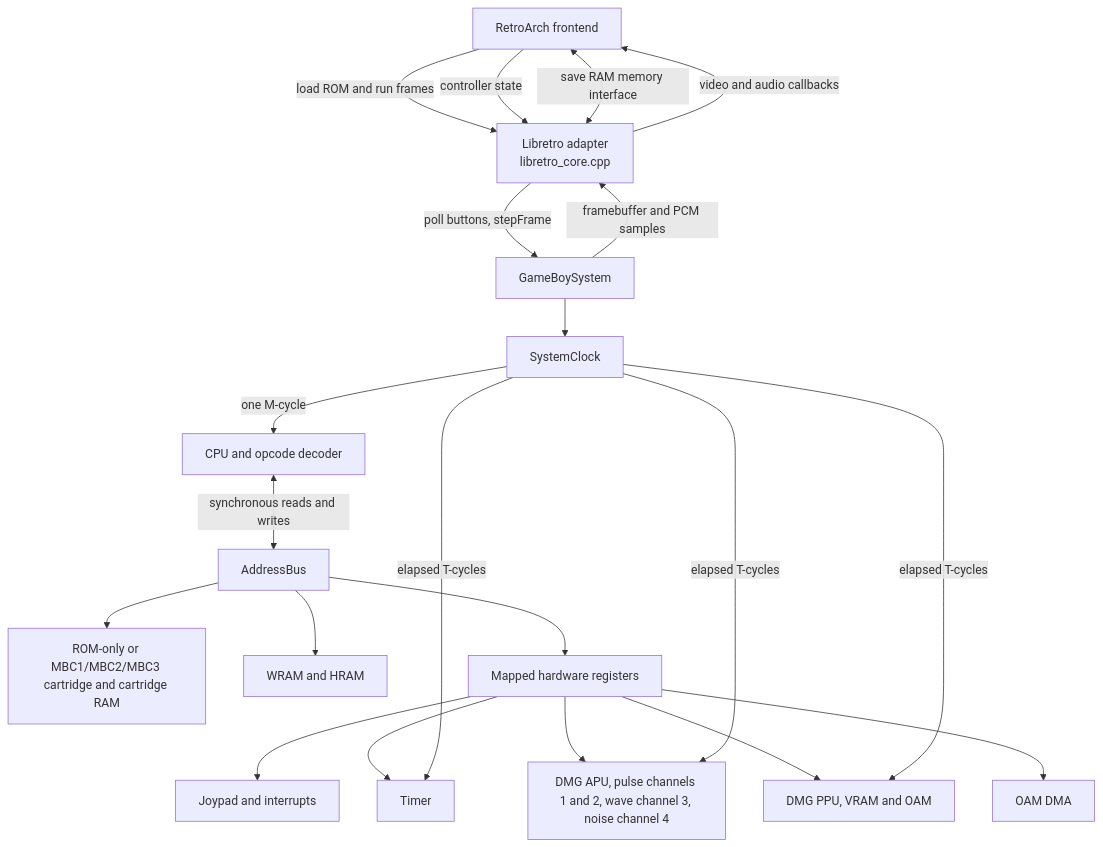
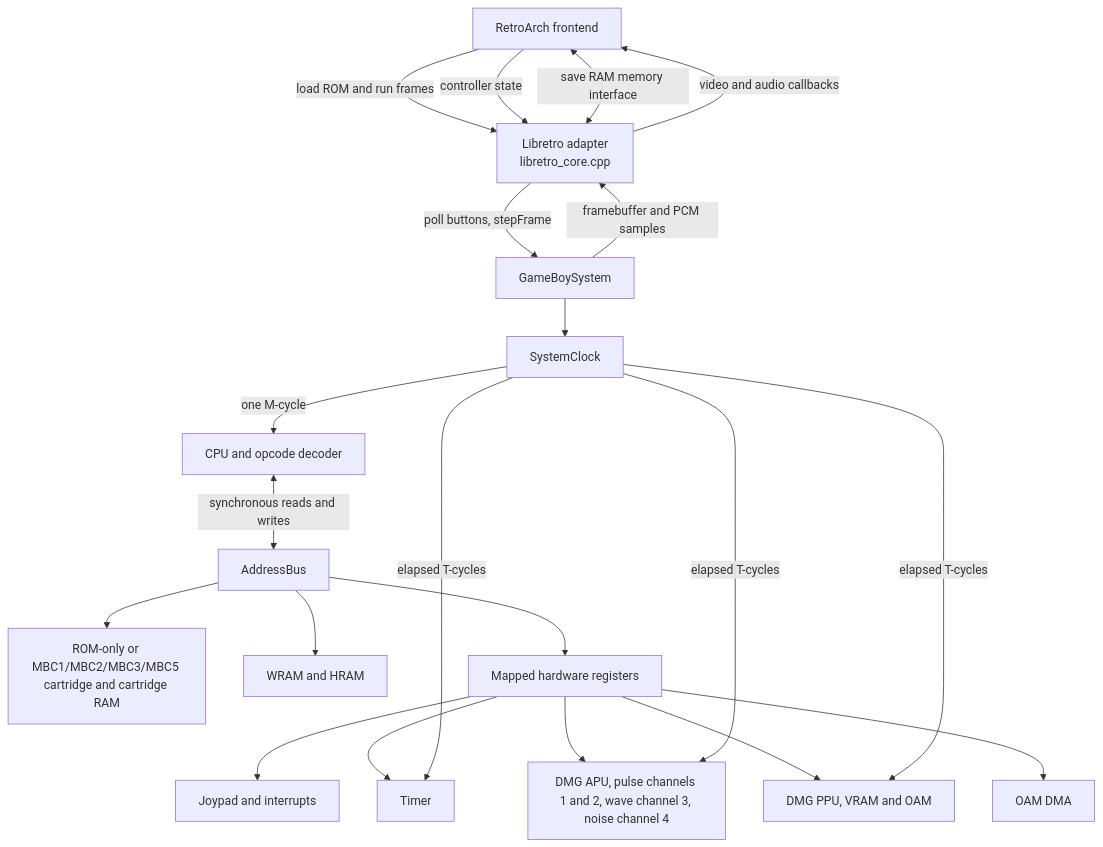
The diagram in docs/architecture.md (jiayeli-hualien/LotusGB), drawn with Mermaid before and after one commit. The commit also changed other lines of this file and 7 other files, not shown here.

Commit message:
Add MBC5 cartridge support

````diff
--- a/docs/architecture.md
+++ b/docs/architecture.md
@@ -13,27 +13,27 @@
 ```mermaid
 flowchart TD
     RA[RetroArch frontend] -->|load ROM and run frames| LR[Libretro adapter<br/>libretro_core.cpp]
     RA -->|controller state| LR
     LR -->|poll buttons, stepFrame| SYS[GameBoySystem]
 
     SYS --> CLOCK[SystemClock]
     CLOCK -->|one M-cycle| CPU[CPU and opcode decoder]
     CPU <-->|synchronous reads and writes| BUS[AddressBus]
 
-    BUS --> CART[ROM-only or MBC1/MBC2/MBC3 cartridge and cartridge RAM]
+    BUS --> CART[ROM-only or MBC1/MBC2/MBC3/MBC5 cartridge and cartridge RAM]
     BUS --> RAM[WRAM and HRAM]
     BUS --> IO[Mapped hardware registers]
     IO --> JOY[Joypad and interrupts]
     IO --> TIMER[Timer]
     IO --> APU[DMG APU, pulse channels 1 and 2, wave channel 3, noise channel 4]
     IO --> PPU[DMG PPU, VRAM and OAM]
     IO --> DMA[OAM DMA]
 
     CLOCK -->|elapsed T-cycles| TIMER
     CLOCK -->|elapsed T-cycles| APU
     CLOCK -->|elapsed T-cycles| PPU
 
     SYS -->|framebuffer and PCM samples| LR
     RA <-->|save RAM memory interface| LR
     LR -->|video and audio callbacks| RA
 ```
````
